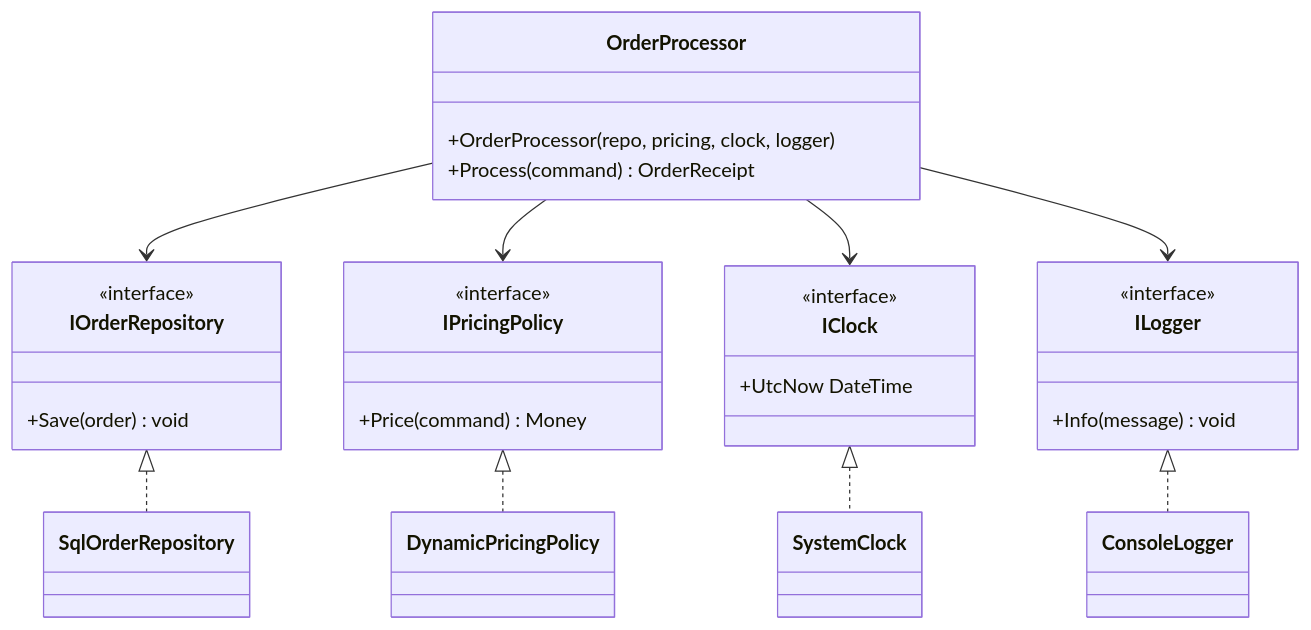
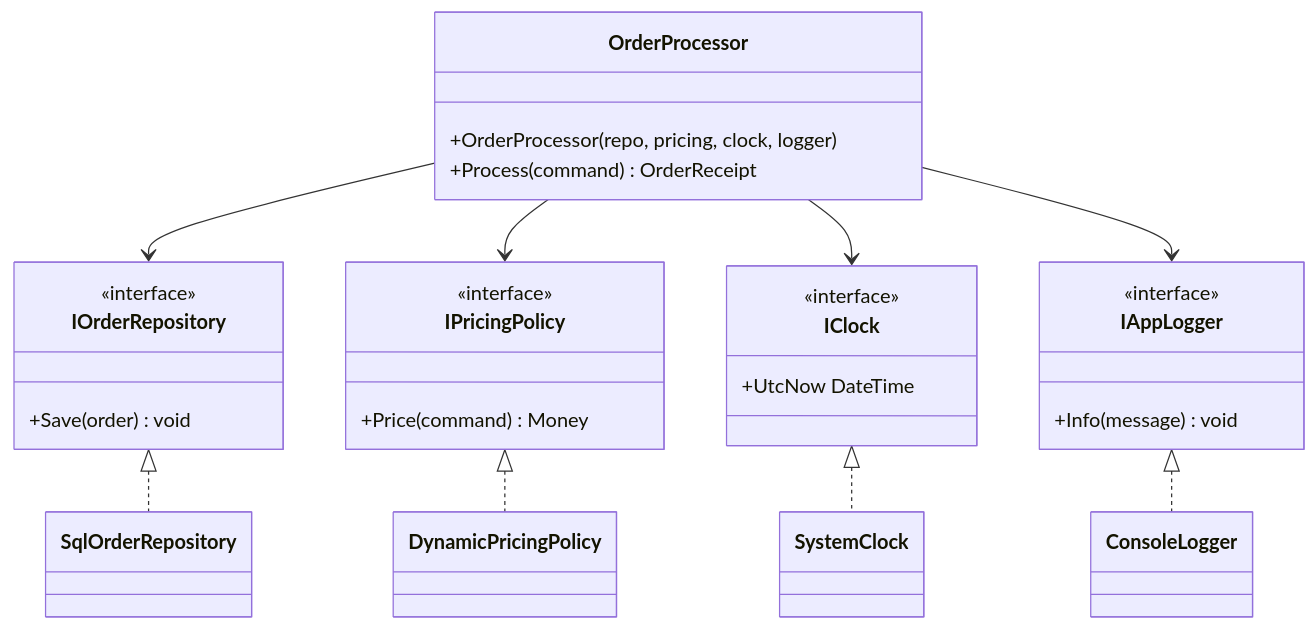
The third of 22 diagrams in presentations/10-dependency-injection.md (jeff-adkisson/swe-4743-spring-2026-oo-design), drawn with Mermaid before and after one commit. The commit also changed other lines of this file and 2 other files, not shown here.

````diff
--- a/presentations/10-dependency-injection.md
+++ b/presentations/10-dependency-injection.md
@@ -248,44 +248,44 @@
 ```mermaid
 classDiagram
 direction TB
 
 class OrderProcessor {
   +OrderProcessor(repo, pricing, clock, logger)
   +Process(command) OrderReceipt
 }
 
 class IOrderRepository {
   <<interface>>
   +Save(order) void
 }
 
 class IPricingPolicy {
   <<interface>>
   +Price(command) Money
 }
 
 class IClock {
   <<interface>>
   +UtcNow DateTime
 }
 
-class ILogger {
+class IAppLogger {
   <<interface>>
   +Info(message) void
 }
 
 class SqlOrderRepository
 class DynamicPricingPolicy
 class SystemClock
 class ConsoleLogger
 
 OrderProcessor --> IOrderRepository
 OrderProcessor --> IPricingPolicy
 OrderProcessor --> IClock
-OrderProcessor --> ILogger
+OrderProcessor --> IAppLogger
 
 IOrderRepository <|.. SqlOrderRepository
 IPricingPolicy <|.. DynamicPricingPolicy
 IClock <|.. SystemClock
-ILogger <|.. ConsoleLogger
+IAppLogger <|.. ConsoleLogger
 ```
````
